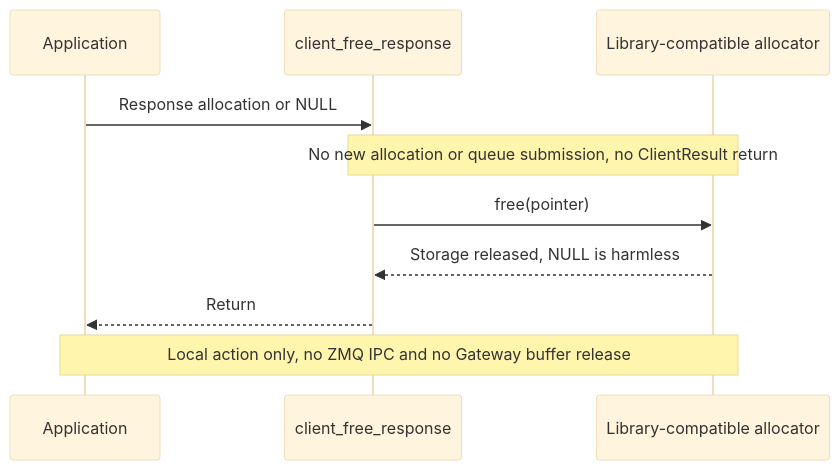
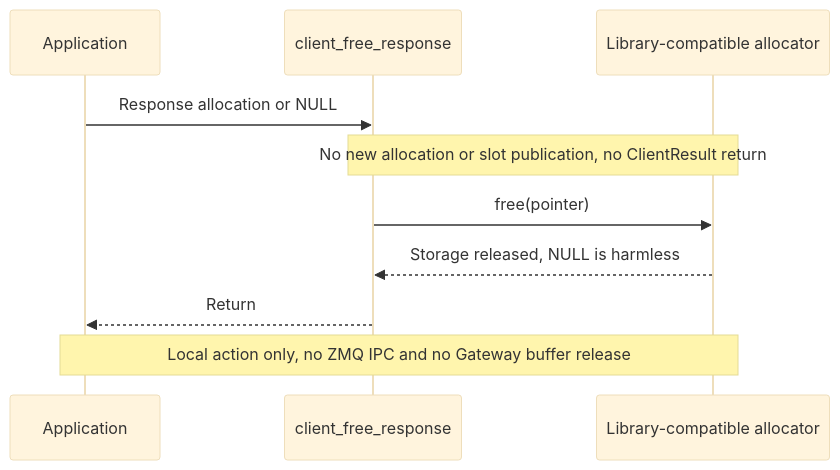
Before and after one commit to rdkcentral/eyil-secure-gateway: diagram 12 of 38 in doc/EyilSecureGateway.md, drawn with Mermaid (base theme). The commit also changed other lines of this file, not shown here.

Commit message:
RDKEMW-27976: Remove Client's queue

````diff
--- a/doc/EyilSecureGateway.md
+++ b/doc/EyilSecureGateway.md
@@ -2097,12 +2417,12 @@
 ```mermaid
 sequenceDiagram
     participant A as Application
     participant API as client_free_response
     participant M as Library-compatible allocator
     A->>API: Response allocation or NULL
-    Note over API,M: No new allocation or queue submission, no ClientResult return
+    Note over API,M: No new allocation or slot publication, no ClientResult return
     API->>M: free(pointer)
     M-->>API: Storage released, NULL is harmless
     API-->>A: Return
     Note over A,M: Local action only, no ZMQ IPC and no Gateway buffer release
 ```
````
